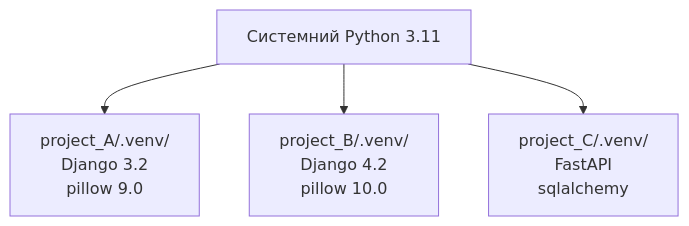
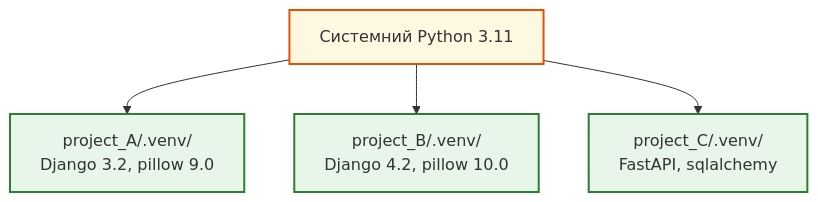
The second of 2 diagrams in docs/10_linux_and_devops/linux_06_package_managers_and_software_full.md (NikoriakViktot/notes_chat_app), drawn with Mermaid before and after one commit. The commit also changed other lines of this file and 441 other files, not shown here.

First line of the commit message:
Add English version of the book, Mermaid standard, docs fixes

````diff
--- a/docs/10_linux_and_devops/linux_06_package_managers_and_software_full.md
+++ b/docs/10_linux_and_devops/linux_06_package_managers_and_software_full.md
@@ -115,6 +122,11 @@
 ```mermaid
 flowchart TD
-    System["Системний Python 3.11"] --> P1["project_A/.venv/\nDjango 3.2\npillow 9.0"]
-    System --> P2["project_B/.venv/\nDjango 4.2\npillow 10.0"]
-    System --> P3["project_C/.venv/\nFastAPI\nsqlalchemy"]
+    System["Системний Python 3.11"] --> P1["project_A/.venv/<br>Django 3.2, pillow 9.0"]
+    System --> P2["project_B/.venv/<br>Django 4.2, pillow 10.0"]
+    System --> P3["project_C/.venv/<br>FastAPI, sqlalchemy"]
+
+    classDef success  fill:#e8f5e9,stroke:#2e7d32,stroke-width:2px;
+    classDef warning  fill:#fff8e1,stroke:#e65100,stroke-width:2px;
+    class P1,P2,P3 success;
+    class System warning;
 ```
````
